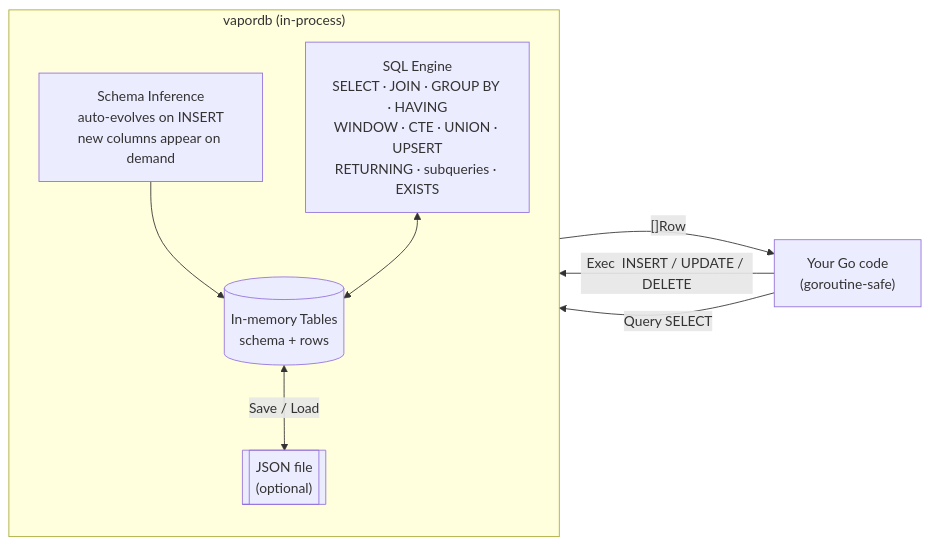
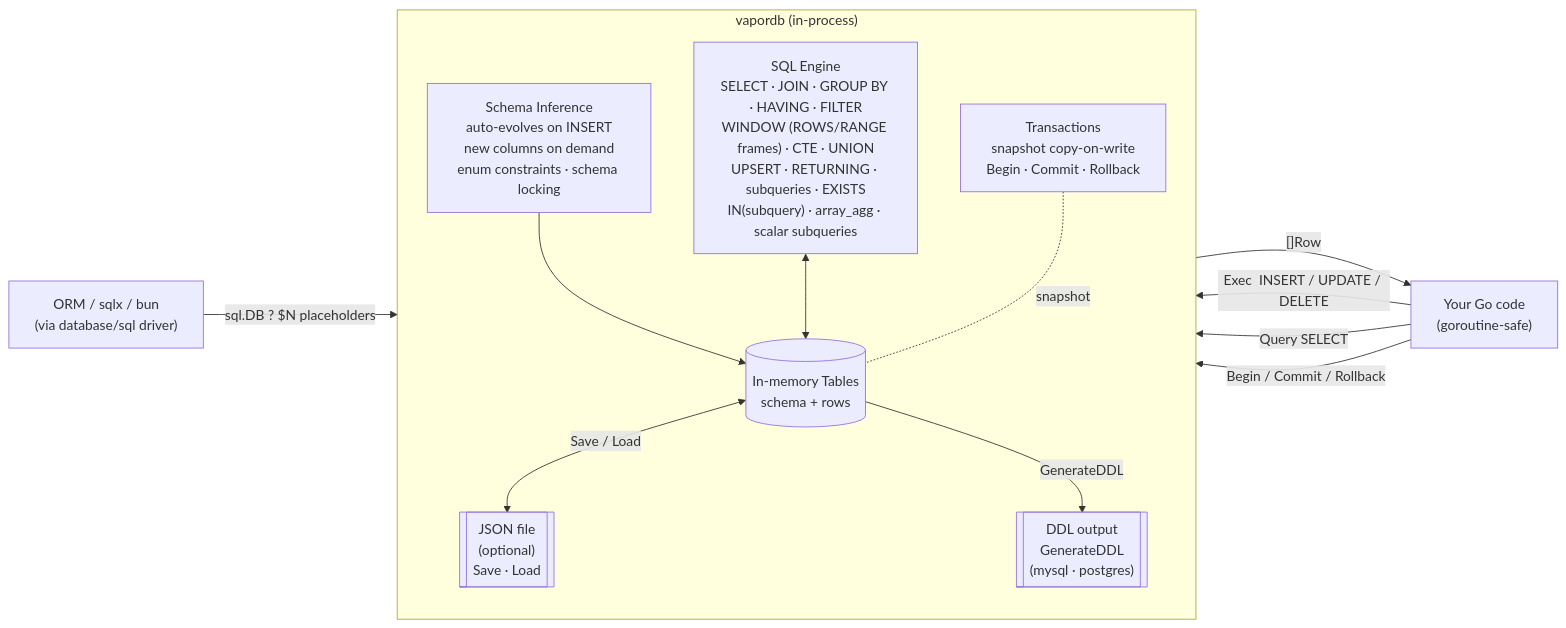
The diagram in vapordb_diagram.mmd (flyingraptor/vapordb), drawn with Mermaid before and after one commit. The commit also changed 1 other file, not shown here.

Commit message:
update diagram

```diff
--- a/vapordb_diagram.mmd
+++ b/vapordb_diagram.mmd
@@ -1,18 +1,25 @@
 flowchart LR
-    code["Your Go code\n(goroutine-safe)"]
+    code["Your Go code<br/>(goroutine-safe)"]
+    orm["ORM / sqlx / bun<br/>(via database/sql driver)"]
 
     subgraph vapordb["vapordb (in-process)"]
         direction TB
-        infer["Schema Inference\nauto-evolves on INSERT\nnew columns appear on demand"]
-        tables[("In-memory Tables\nschema + rows")]
-        engine["SQL Engine\nSELECT · JOIN · GROUP BY · HAVING\nWINDOW · CTE · UNION · UPSERT\nRETURNING · subqueries · EXISTS"]
-        json[["JSON file\n(optional)"]]
+        infer["Schema Inference<br/>auto-evolves on INSERT<br/>new columns on demand<br/>enum constraints · schema locking"]
+        tables[("In-memory Tables<br/>schema + rows")]
+        engine["SQL Engine<br/>SELECT · JOIN · GROUP BY · HAVING · FILTER<br/>WINDOW (ROWS/RANGE frames) · CTE · UNION<br/>UPSERT · RETURNING · subqueries · EXISTS<br/>IN(subquery) · array_agg · scalar subqueries"]
+        tx["Transactions<br/>snapshot copy-on-write<br/>Begin · Commit · Rollback"]
+        json[["JSON file<br/>(optional)<br/>Save · Load"]]
+        ddl[["DDL output<br/>GenerateDDL<br/>(mysql · postgres)"]]
 
         infer --> tables
         engine <--> tables
+        tx -.-|snapshot| tables
         tables <-->|Save / Load| json
+        tables -->|GenerateDDL| ddl
     end
 
     code -->|"Exec  INSERT / UPDATE / DELETE"| infer
     code -->|"Query  SELECT"| engine
+    code -->|"Begin / Commit / Rollback"| tx
     engine -->|"[]Row"| code
+    orm -->|"sql.DB  ?  $N  placeholders"| engine
```
